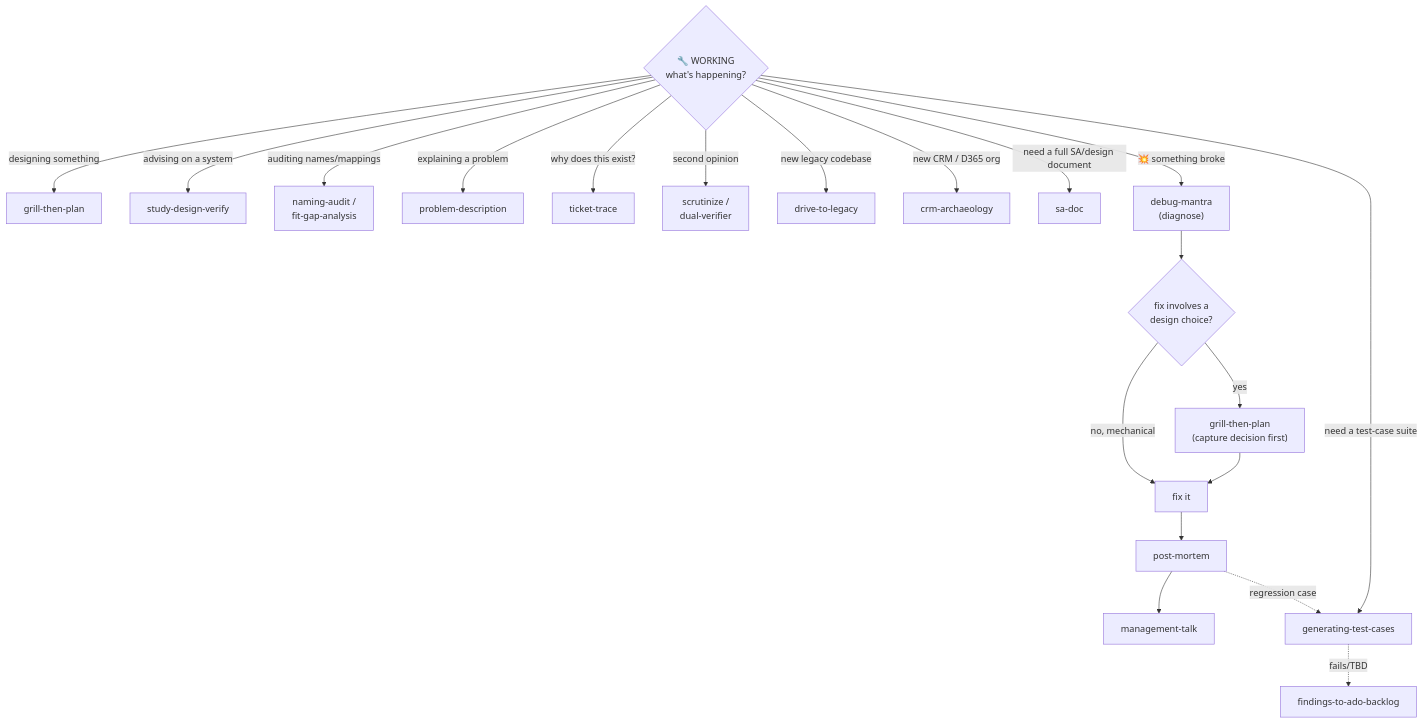
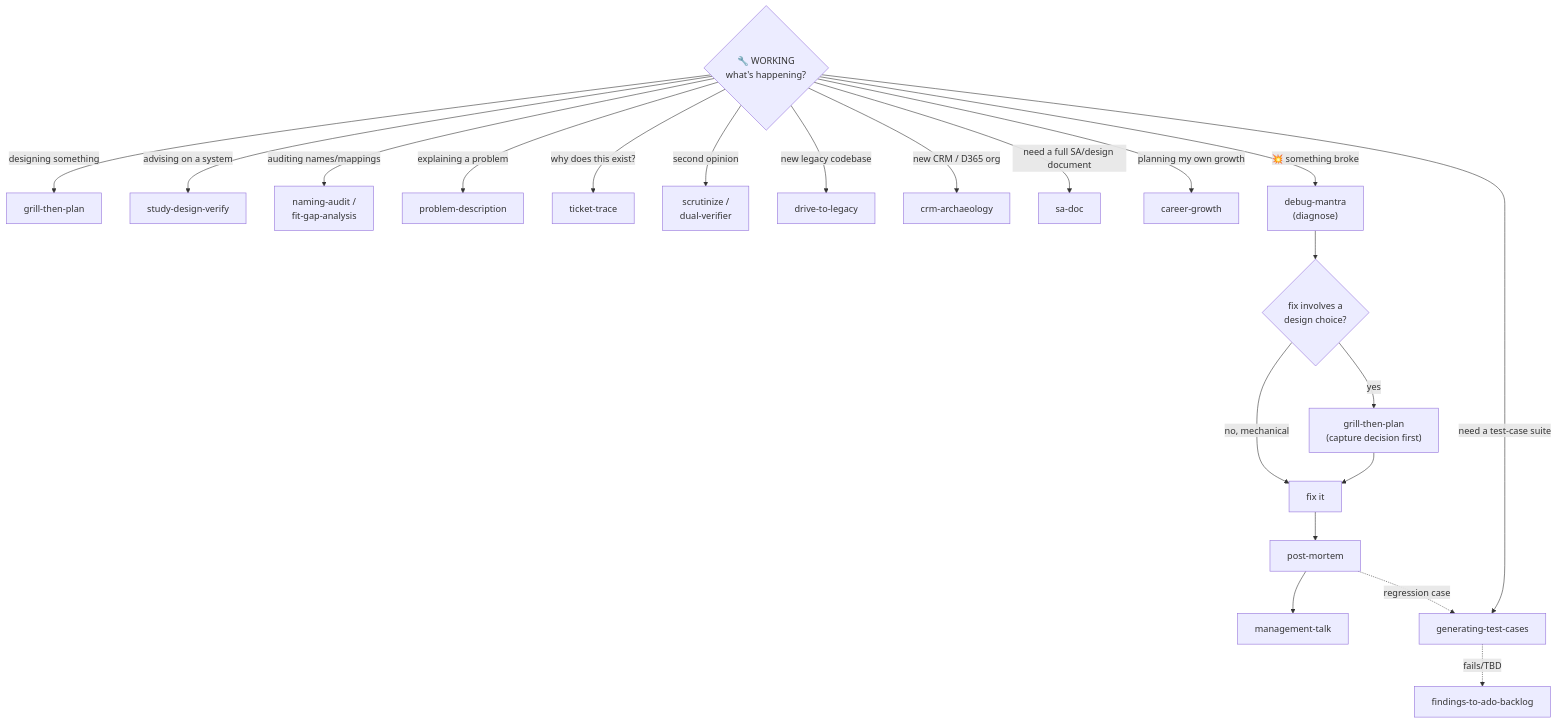
Before and after one commit to ThodsaphonSonthiphin/workflow-daily-work: the second of 2 diagrams in PLAYBOOK.md, drawn with Mermaid. The commit also changed other lines of this file and 3 other files, not shown here.

Commit message:
feat(dev-workflows): add career-growth skill — quarterly career review with four-test moat (ADRs 0043-0052)

````diff
--- a/PLAYBOOK.md
+++ b/PLAYBOOK.md
@@ -42,25 +42,26 @@
 ```mermaid
 flowchart TD
     WORK{"🔧 WORKING<br/>what's happening?"}
 
     WORK -- designing something --> GTP["grill-then-plan"]
     WORK -- advising on a system --> SDV["study-design-verify"]
     WORK -- auditing names/mappings --> NA["naming-audit /<br/>fit-gap-analysis"]
     WORK -- explaining a problem --> PD["problem-description"]
     WORK -- why does this exist? --> TT["ticket-trace"]
     WORK -- second opinion --> SC["scrutinize /<br/>dual-verifier"]
     WORK -- new legacy codebase --> DTL["drive-to-legacy"]
     WORK -- new CRM / D365 org --> CA["crm-archaeology"]
     WORK -- need a full SA/design document --> SAD["sa-doc"]
+    WORK -- planning my own growth --> CG["career-growth"]
 
     WORK -- 💥 something broke --> DM["debug-mantra<br/>(diagnose)"]
     DM --> Q{"fix involves a<br/>design choice?"}
     Q -- no, mechanical --> FIX["fix it"]
     Q -- yes --> GTP2["grill-then-plan<br/>(capture decision first)"]
     GTP2 --> FIX
     FIX --> PM["post-mortem"]
     PM --> MT["management-talk"]
     WORK -- need a test-case suite --> GTC["generating-test-cases"]
     PM -. regression case .-> GTC
     GTC -. fails/TBD .-> FILEHINT["findings-to-ado-backlog"]
 ```
````
